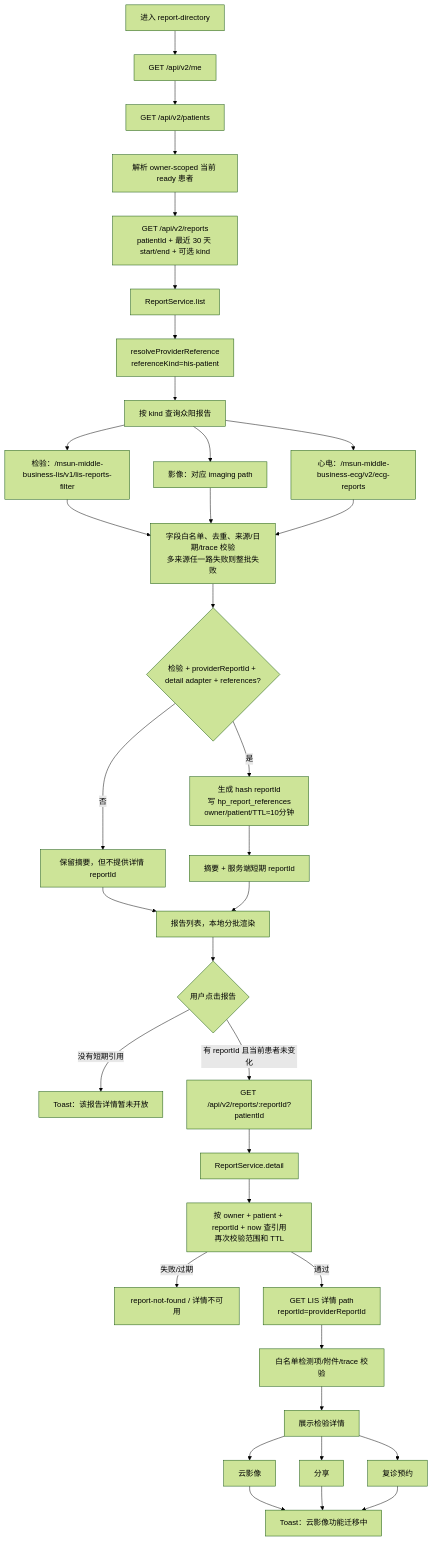
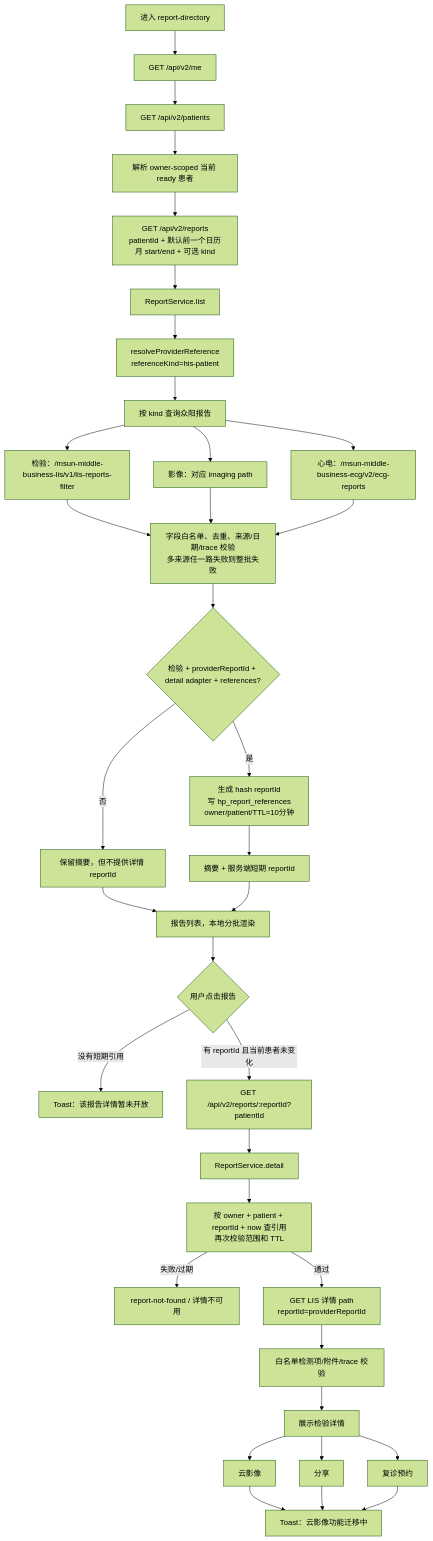
Diagram 11 of 15 in docs/架构/平台完整流程.md (puzzle-fuzzy/hospital-platform), drawn with Mermaid (forest theme) before and after one commit. The commit also changed other lines of this file and 17 other files, not shown here.

````diff
--- a/docs/架构/平台完整流程.md
+++ b/docs/架构/平台完整流程.md
@@ -564,37 +564,37 @@
 ```mermaid
 flowchart TD
     OpenReports[进入 report-directory] --> Me[GET /api/v2/me]
     Me --> Patients[GET /api/v2/patients]
     Patients --> Current[解析 owner-scoped 当前 ready 患者]
-    Current --> ReportList[GET /api/v2/reports\npatientId + 最近 30 天 start/end + 可选 kind]
+    Current --> ReportList[GET /api/v2/reports\npatientId + 默认前一个日历月 start/end + 可选 kind]
     ReportList --> ReportService[ReportService.list]
     ReportService --> ReportRef[resolveProviderReference\nreferenceKind=his-patient]
     ReportRef --> ZYReports[按 kind 查询众阳报告]
     ZYReports --> L[检验：/msun-middle-business-lis/v1/lis-reports-filter]
     ZYReports --> I[影像：对应 imaging path]
     ZYReports --> E[心电：/msun-middle-business-ecg/v2/ecg-reports]
     L --> Merge[字段白名单、去重、来源/日期/trace 校验\n多来源任一路失败则整批失败]
     I --> Merge
     E --> Merge
     Merge --> DetailGate{检验 + providerReportId + detail adapter + references?}
     DetailGate -->|否| Summary[保留摘要，但不提供详情 reportId]
     DetailGate -->|是| RefStore[生成 hash reportId\n写 hp_report_references\nowner/patient/TTL≈10分钟]
     RefStore --> SummaryWithLink[摘要 + 服务端短期 reportId]
     Summary --> ReportUI[报告列表，本地分批渲染]
     SummaryWithLink --> ReportUI
     ReportUI --> Tap{用户点击报告}
     Tap -->|没有短期引用| Unavailable[Toast：该报告详情暂未开放]
     Tap -->|有 reportId 且当前患者未变化| DetailRequest[GET /api/v2/reports/:reportId?patientId]
     DetailRequest --> DetailService[ReportService.detail]
     DetailService --> RefCheck[按 owner + patient + reportId + now 查引用\n再次校验范围和 TTL]
     RefCheck -->|失败/过期| Detail404[report-not-found / 详情不可用]
     RefCheck -->|通过| LISDetail[GET LIS 详情 path\nreportId=providerReportId]
     LISDetail --> DetailValidate[白名单检测项/附件/trace 校验]
     DetailValidate --> DetailUI[展示检验详情]
     DetailUI --> Image[云影像]
     DetailUI --> Share[分享]
     DetailUI --> Consultation[复诊预约]
     Image --> Migrating[Toast：云影像功能迁移中]
     Share --> Migrating
     Consultation --> Migrating
 ```
````
